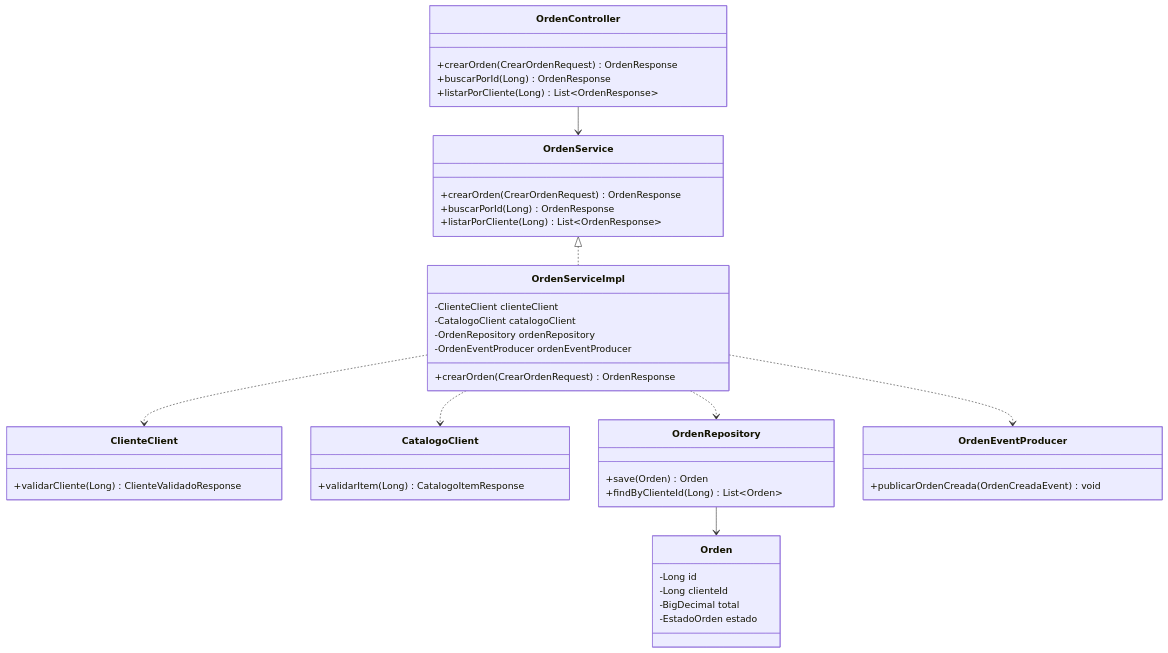
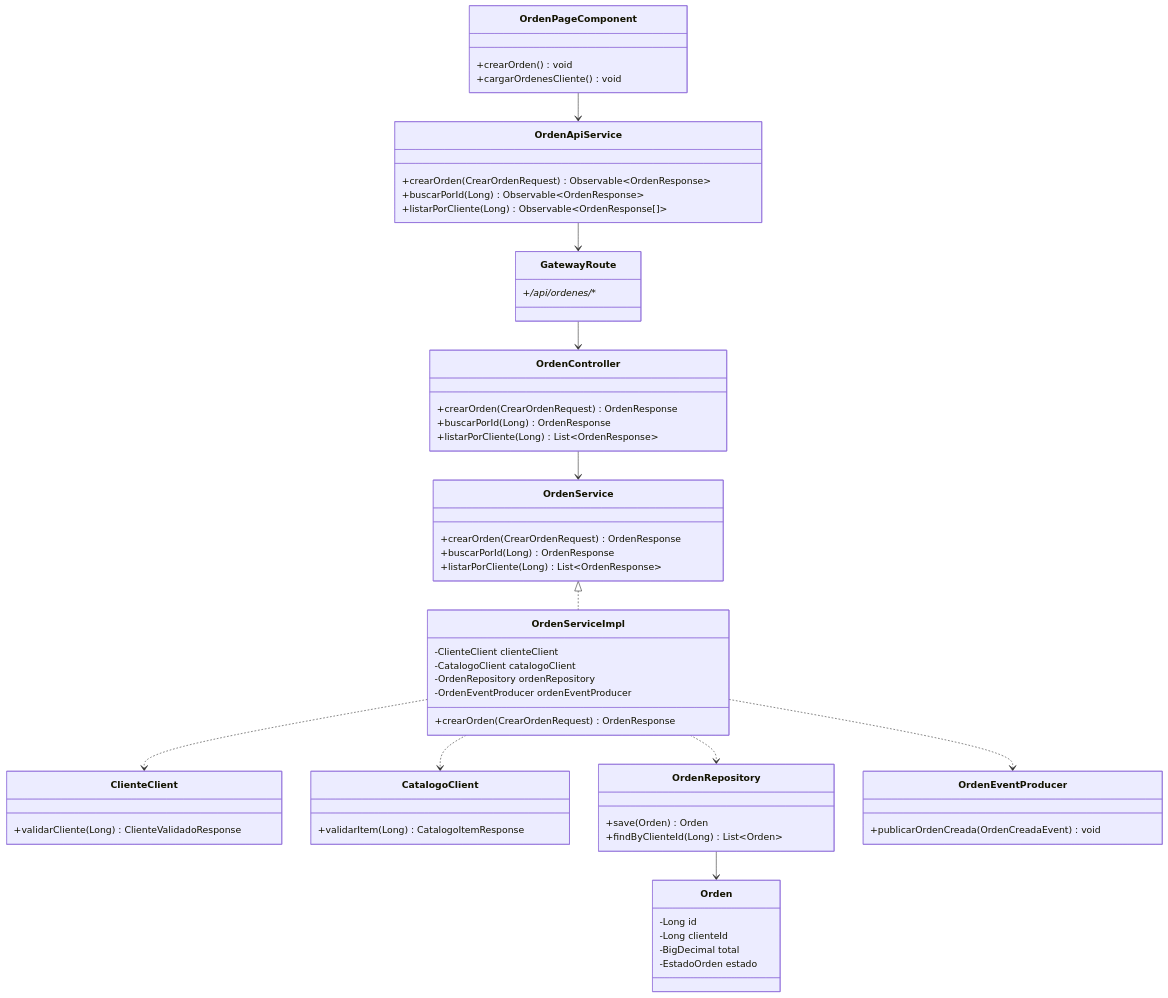
The seventh of 9 diagrams in README.md (262dist/pagatu), drawn with Mermaid before and after one commit.

````diff
--- a/README.md
+++ b/README.md
@@ -266,54 +266,72 @@
 ```mermaid
 classDiagram
+    class OrdenPageComponent {
+        +crearOrden() void
+        +cargarOrdenesCliente() void
+    }
+
+    class OrdenApiService {
+        +crearOrden(CrearOrdenRequest) Observable~OrdenResponse~
+        +buscarPorId(Long) Observable~OrdenResponse~
+        +listarPorCliente(Long) Observable~OrdenResponse[]~
+    }
+
+    class GatewayRoute {
+        +/api/ordenes/**
+    }
+
     class OrdenController {
         +crearOrden(CrearOrdenRequest) OrdenResponse
         +buscarPorId(Long) OrdenResponse
         +listarPorCliente(Long) List~OrdenResponse~
     }
 
     class OrdenService {
         +crearOrden(CrearOrdenRequest) OrdenResponse
         +buscarPorId(Long) OrdenResponse
         +listarPorCliente(Long) List~OrdenResponse~
     }
 
     class OrdenServiceImpl {
         -ClienteClient clienteClient
         -CatalogoClient catalogoClient
         -OrdenRepository ordenRepository
         -OrdenEventProducer ordenEventProducer
         +crearOrden(CrearOrdenRequest) OrdenResponse
     }
 
     class ClienteClient {
         +validarCliente(Long) ClienteValidadoResponse
     }
 
     class CatalogoClient {
         +validarItem(Long) CatalogoItemResponse
     }
 
     class OrdenRepository {
         +save(Orden) Orden
         +findByClienteId(Long) List~Orden~
     }
 
     class OrdenEventProducer {
         +publicarOrdenCreada(OrdenCreadaEvent) void
     }
 
     class Orden {
         -Long id
         -Long clienteId
         -BigDecimal total
         -EstadoOrden estado
     }
 
+    OrdenPageComponent --> OrdenApiService
+    OrdenApiService --> GatewayRoute
+    GatewayRoute --> OrdenController
     OrdenController --> OrdenService
     OrdenService <|.. OrdenServiceImpl
     OrdenServiceImpl ..> ClienteClient
     OrdenServiceImpl ..> CatalogoClient
     OrdenServiceImpl ..> OrdenRepository
     OrdenServiceImpl ..> OrdenEventProducer
     OrdenRepository --> Orden
 ```
````
